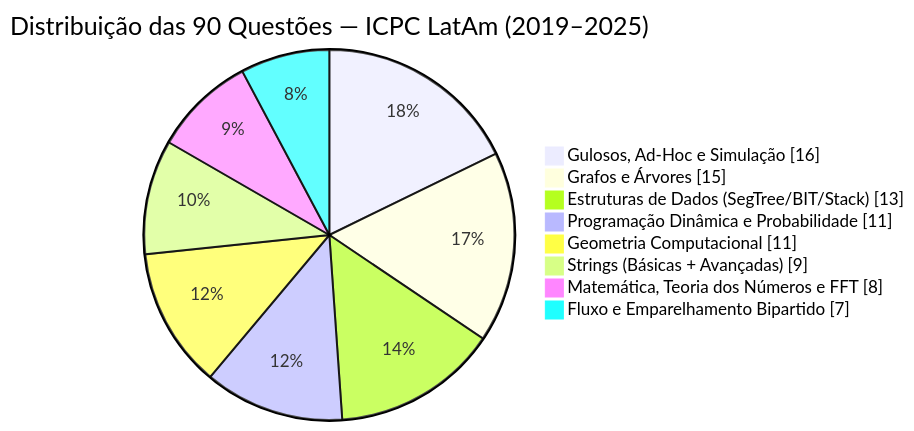
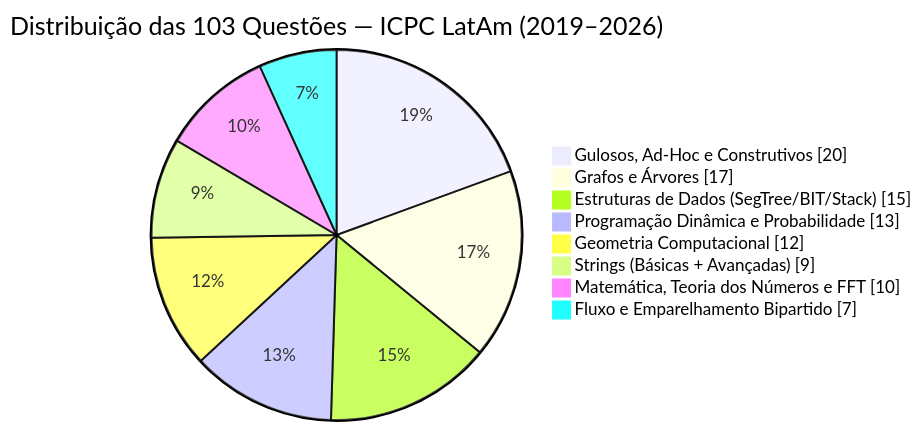
Before and after one commit to GabrielFrigo4/icpc-training: the first of 3 diagrams in maratona/nacional/MERMAID.md, drawn with Mermaid. The commit also changed other lines of this file and 38 other files, not shown here.

````diff
--- a/maratona/nacional/MERMAID.md
+++ b/maratona/nacional/MERMAID.md
@@ -71,12 +71,12 @@
 ```mermaid
 pie showData
-    title Distribuição das 90 Questões — ICPC LatAm (2019–2025)
-    "Gulosos, Ad-Hoc e Simulação" : 16
-    "Grafos e Árvores" : 15
-    "Estruturas de Dados (SegTree/BIT/Stack)" : 13
-    "Programação Dinâmica e Probabilidade" : 11
-    "Geometria Computacional" : 11
+    title Distribuição das 103 Questões — ICPC LatAm (2019–2026)
+    "Gulosos, Ad-Hoc e Construtivos" : 20
+    "Grafos e Árvores" : 17
+    "Estruturas de Dados (SegTree/BIT/Stack)" : 15
+    "Programação Dinâmica e Probabilidade" : 13
+    "Geometria Computacional" : 12
     "Strings (Básicas + Avançadas)" : 9
-    "Matemática, Teoria dos Números e FFT" : 8
+    "Matemática, Teoria dos Números e FFT" : 10
     "Fluxo e Emparelhamento Bipartido" : 7
 ```
````
